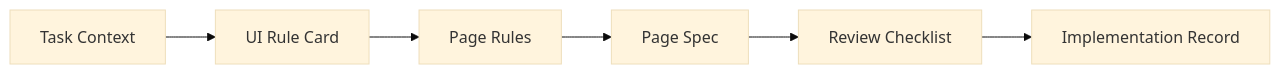
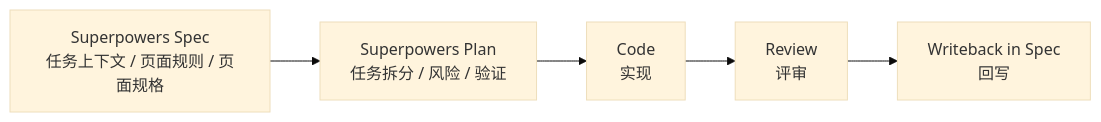
One commit to clarence1026/Spec-Driven-Development changed the diagram in docs/quickstart/README.md. Above: the diagram before and after it, drawn with Mermaid (base theme). The commit also changed other lines of this file and 16 other files, not shown here.

````diff
--- a/docs/quickstart/README.md
+++ b/docs/quickstart/README.md
@@ -190,8 +174,7 @@
 ```mermaid
 flowchart LR
-    A[Task Context] --> B[UI Rule Card]
-    B --> C[Page Rules]
-    C --> D[Page Spec]
-    D --> E[Review Checklist]
-    E --> F[Implementation Record]
+    A[Superpowers Spec<br/>任务上下文 / 页面规则 / 页面规格] --> B[Superpowers Plan<br/>任务拆分 / 风险 / 验证]
+    B --> C[Code<br/>实现]
+    C --> D[Review<br/>评审]
+    D --> E[Writeback in Spec<br/>回写]
 ```
````
